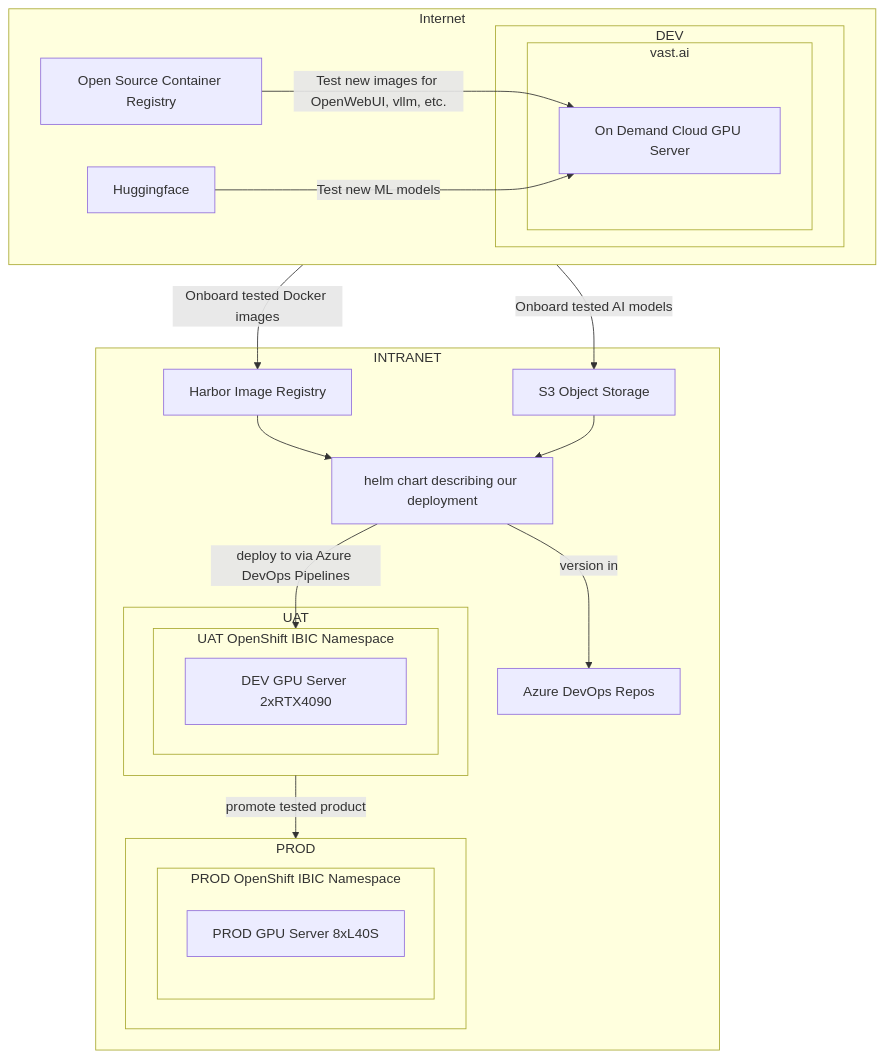
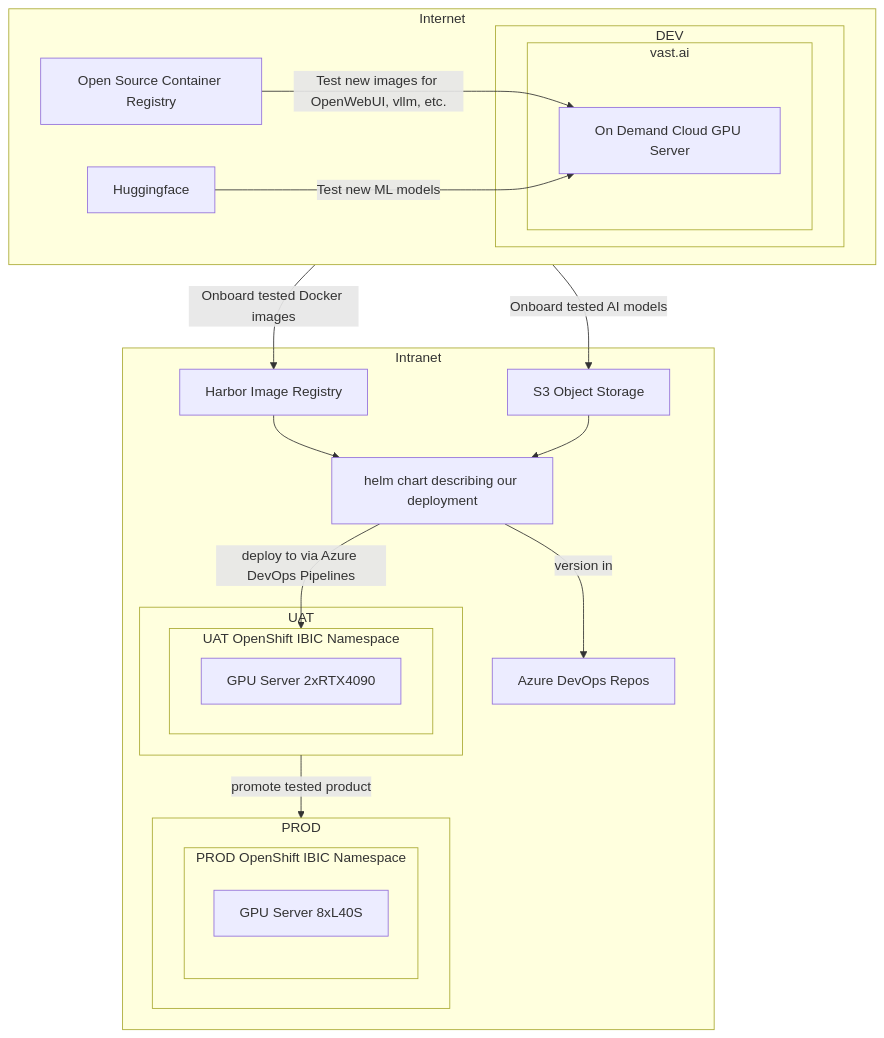
The second of 2 diagrams in README.md (tim-roethig/ai-platform), drawn with Mermaid before and after one commit.

````diff
--- a/README.md
+++ b/README.md
@@ -63,60 +63,60 @@
 ```mermaid
 graph TD
     A[Open Source Container Registry]
     HF[Huggingface]
     B[On Demand Cloud GPU Server]
     HELM[helm chart describing our deployment]
     C[Harbor Image Registry]
     D[Azure DevOps Repos]
     S3[S3 Object Storage]
-    E[DEV GPU Server 2xRTX4090]
-    F[PROD GPU Server 8xL40S]
+    E[GPU Server 2xRTX4090]
+    F[GPU Server 8xL40S]
 
     subgraph VAST_AI[vast.ai]
         B
     end
     subgraph UAT_OC[UAT OpenShift IBIC Namespace]
         E
     end
     subgraph PROD_OC[PROD OpenShift IBIC Namespace]
         F
     end
 
     subgraph DEV[DEV]
         VAST_AI
     end
     subgraph UAT[UAT]
         UAT_OC
     end
     subgraph PROD[PROD]
         PROD_OC
     end
 
-    subgraph Intranet[INTRANET]
+    subgraph Intranet[Intranet]
         C
         D
         S3
         HELM
         UAT
         PROD
     end
 
     subgraph Internet[Internet]
         A
         HF
         DEV
     end
 
     A -- Test new images for OpenWebUI, vllm, etc. --> B
     HF -- Test new ML models --> B
 
     Internet -- Onboard tested Docker images --> C
     Internet -- Onboard tested AI models --> S3
 
     HELM -- version in --> D
     C --> HELM
     S3 --> HELM
 
     HELM -- deploy to via Azure DevOps Pipelines --> UAT_OC
     UAT -- promote tested product --> PROD
 ```
````
